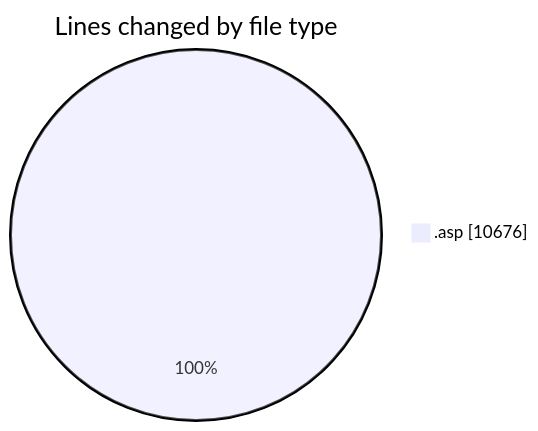
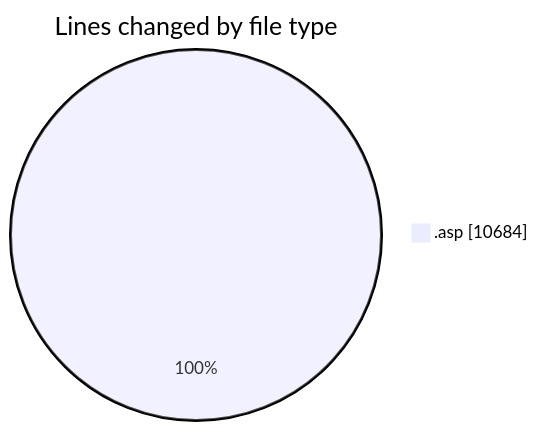
The first of 2 diagrams in 2025-11-18/cdp_aleoudev_fr__workspace_/README.md (julien-gomy/code-tracking), drawn with Mermaid before and after one commit. The commit also changed other lines of this file and 1 other file, not shown here.

````diff
--- a/2025-11-18/cdp_aleoudev_fr__workspace_/README.md
+++ b/2025-11-18/cdp_aleoudev_fr__workspace_/README.md
@@ -29,5 +29,5 @@
 ```mermaid
 pie showData
 title Lines changed by file type
-".asp" : 10676
+".asp" : 10684
 ```
````
